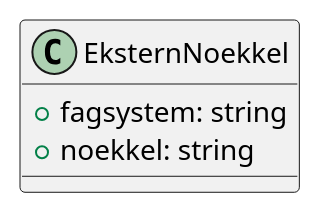
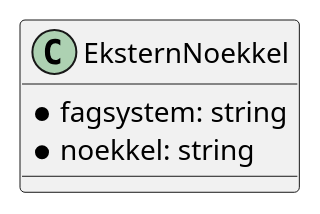
Before and after one commit to ks-no/fiks-saksfaser-specification: the diagram in Dokumentasjon/V1/ClassDiagrams/no.ks.fiks.saksfaser.v1.felles.eksternnoekkel/classdiagram.pu, drawn with PlantUML. The commit also changed 13 other files, not shown here.

```diff
--- a/Dokumentasjon/V1/ClassDiagrams/no.ks.fiks.saksfaser.v1.felles.eksternnoekkel/classdiagram.pu
+++ b/Dokumentasjon/V1/ClassDiagrams/no.ks.fiks.saksfaser.v1.felles.eksternnoekkel/classdiagram.pu
@@ -1,8 +1,8 @@
 @startuml
 
 class EksternNoekkel {
-    +fagsystem: string
-    +noekkel: string
+    *fagsystem: string
+    *noekkel: string
 }
 
 @enduml
```
